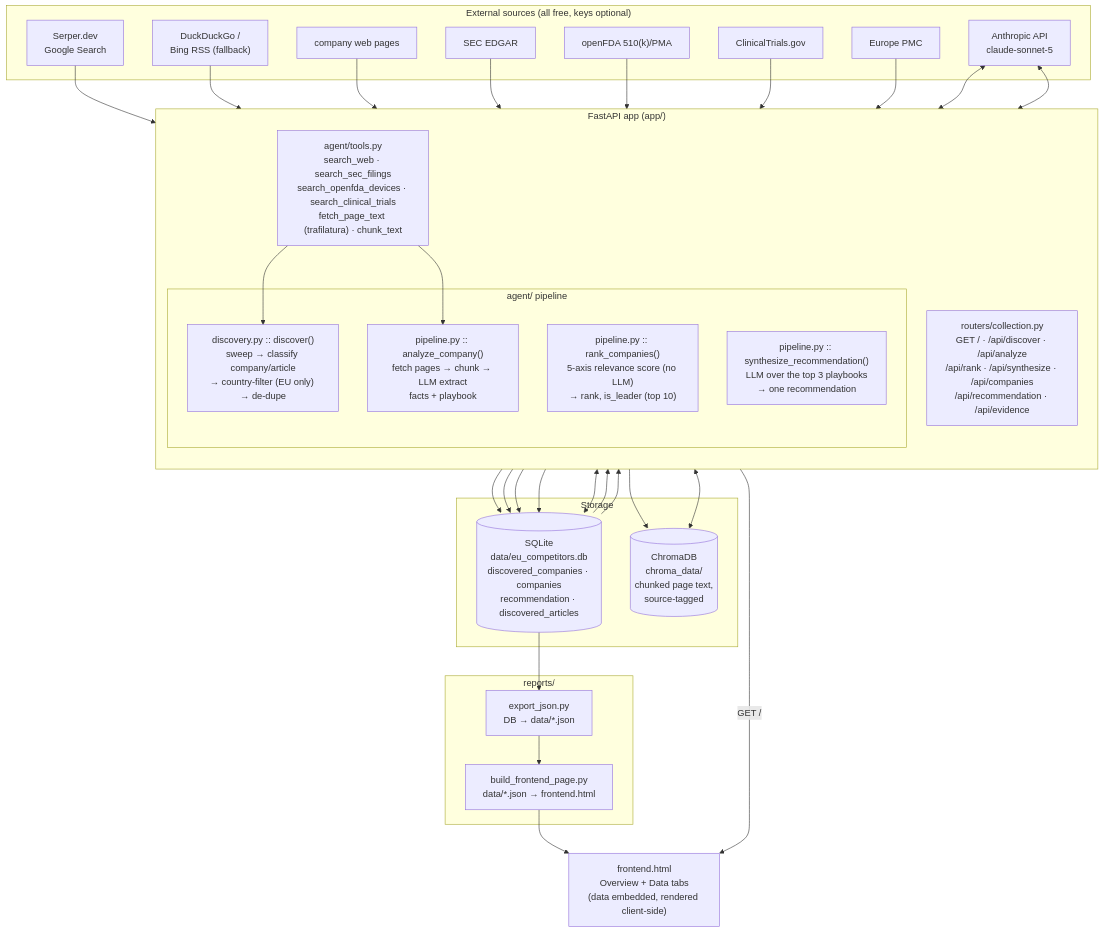
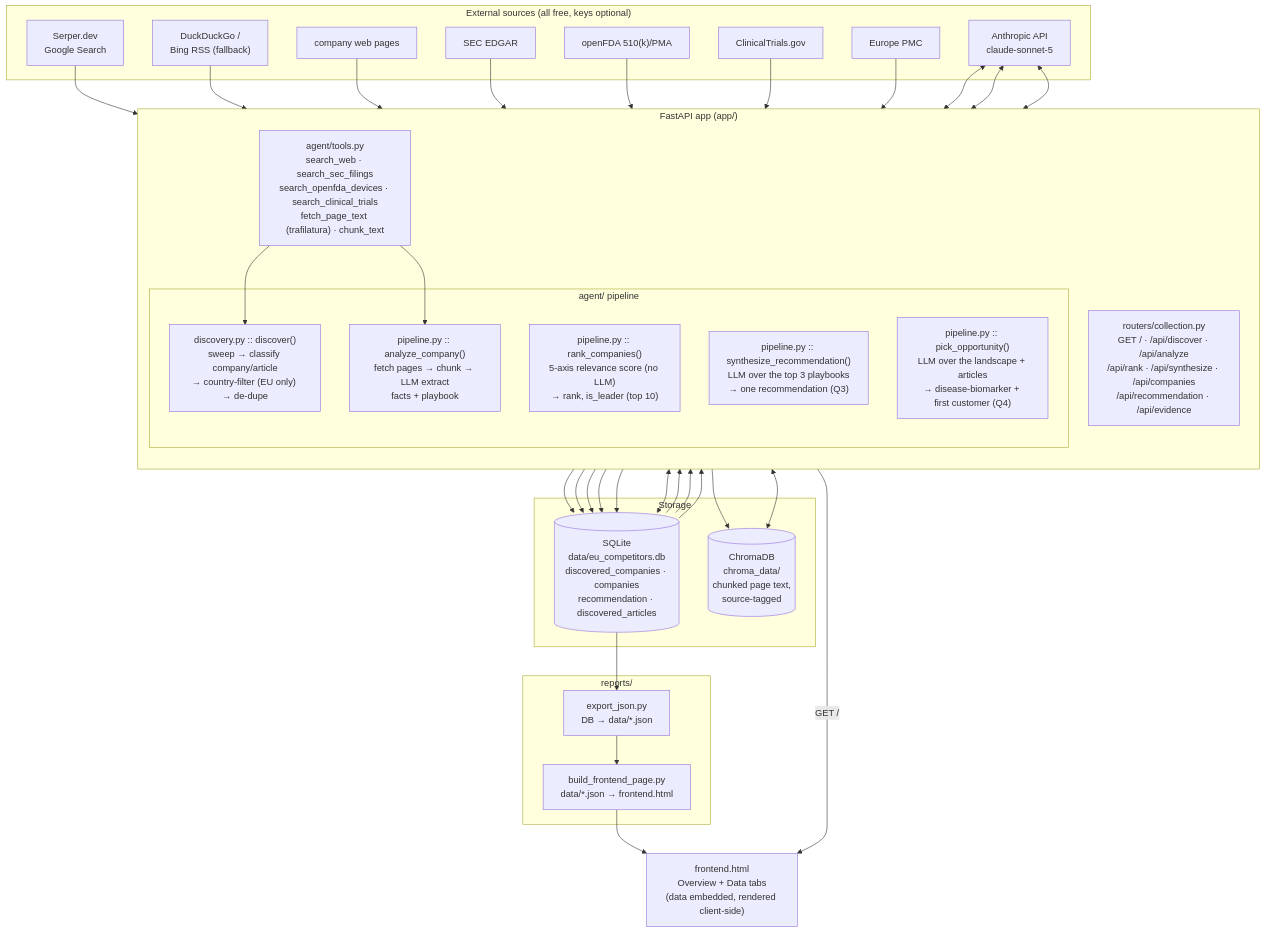
Before and after one commit to giabaow/Proteins: the diagram in README.md, drawn with Mermaid. The commit also changed other lines of this file and 8 other files, not shown here.

First line of the commit message:
Add Q4: the disease-biomarker opportunity + first paying customer

````diff
--- a/README.md
+++ b/README.md
@@ -24,55 +25,58 @@
 ```mermaid
 flowchart TB
     subgraph EXT["External sources (all free, keys optional)"]
         SERP["Serper.dev<br/>Google Search"]
         DDG["DuckDuckGo /<br/>Bing RSS (fallback)"]
         SEC["SEC EDGAR"]
         FDA["openFDA 510(k)/PMA"]
         CT["ClinicalTrials.gov"]
         PMC["Europe PMC"]
         WEB["company web pages"]
         LLM["Anthropic API<br/>claude-sonnet-5"]
     end
 
     subgraph APP["FastAPI app (app/)"]
         direction TB
         TOOLS["agent/tools.py<br/>search_web · search_sec_filings<br/>search_openfda_devices · search_clinical_trials<br/>fetch_page_text (trafilatura) · chunk_text"]
 
         subgraph PIPE["agent/ pipeline"]
             DISC["discovery.py :: discover()<br/>sweep → classify company/article<br/>→ country-filter (EU only) → de-dupe"]
             ANA["pipeline.py :: analyze_company()<br/>fetch pages → chunk → LLM extract<br/>facts + playbook"]
             RANK["pipeline.py :: rank_companies()<br/>5-axis relevance score (no LLM)<br/>→ rank, is_leader (top 10)"]
-            SYN["pipeline.py :: synthesize_recommendation()<br/>LLM over the top 3 playbooks<br/>→ one recommendation"]
+            SYN["pipeline.py :: synthesize_recommendation()<br/>LLM over the top 3 playbooks<br/>→ one recommendation (Q3)"]
+            OPP["pipeline.py :: pick_opportunity()<br/>LLM over the landscape + articles<br/>→ disease-biomarker + first customer (Q4)"]
         end
 
         ROUT["routers/collection.py<br/>GET / · /api/discover · /api/analyze<br/>/api/rank · /api/synthesize · /api/companies<br/>/api/recommendation · /api/evidence"]
     end
 
     subgraph STORE["Storage"]
         SQL[("SQLite<br/>data/eu_competitors.db<br/>discovered_companies · companies<br/>recommendation · discovered_articles")]
         CHR[("ChromaDB<br/>chroma_data/<br/>chunked page text,<br/>source-tagged")]
     end
 
     subgraph REP["reports/"]
         EXP["export_json.py<br/>DB → data/*.json"]
         BUILD["build_frontend_page.py<br/>data/*.json → frontend.html"]
     end
 
     FE["frontend.html<br/>Overview + Data tabs<br/>(data embedded, rendered client-side)"]
 
     SERP & DDG --> TOOLS
     WEB --> TOOLS
     SEC & FDA & CT & PMC --> TOOLS
     TOOLS --> DISC --> SQL
     TOOLS --> ANA
     LLM <--> ANA
     LLM <--> SYN
     ANA --> SQL
     ANA --> CHR
     SQL --> RANK --> SQL
     SQL --> SYN --> SQL
+    SQL --> OPP --> SQL
+    LLM <--> OPP
     ROUT <--> SQL
     ROUT <--> CHR
     SQL --> EXP --> BUILD --> FE
     ROUT -->|"GET /"| FE
 ```
````
